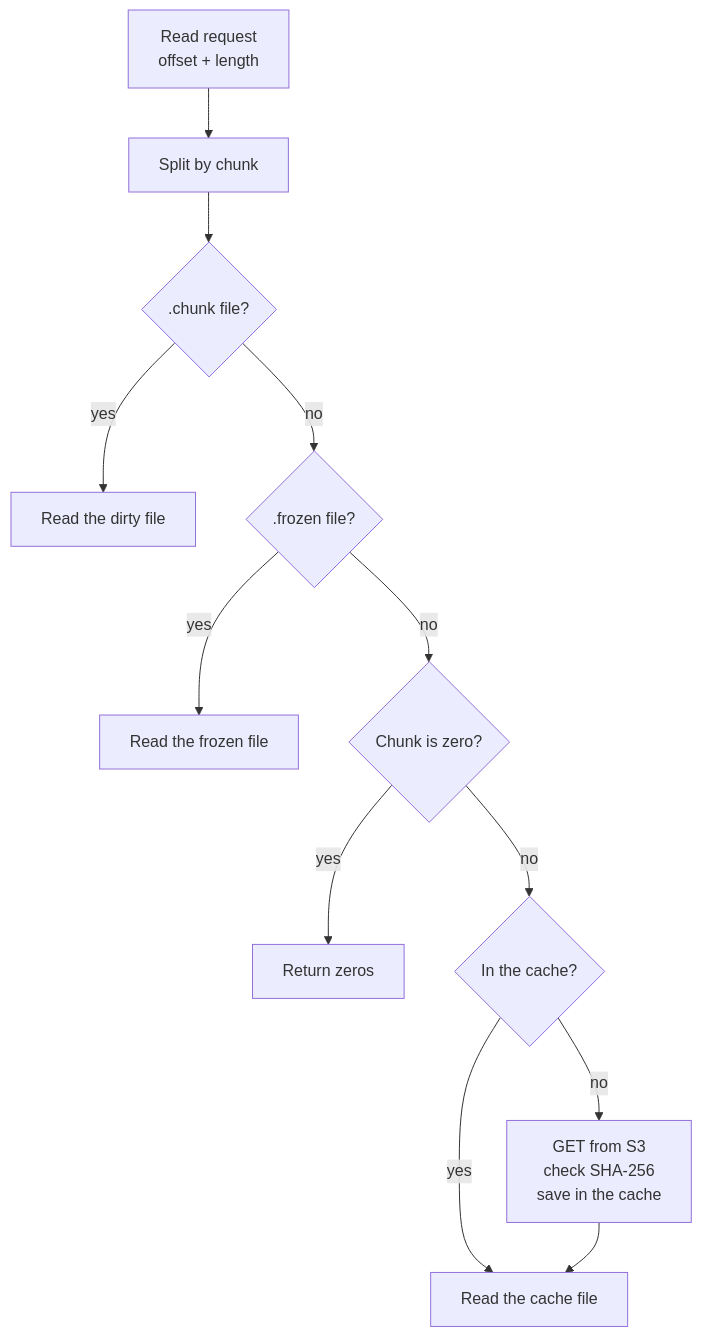
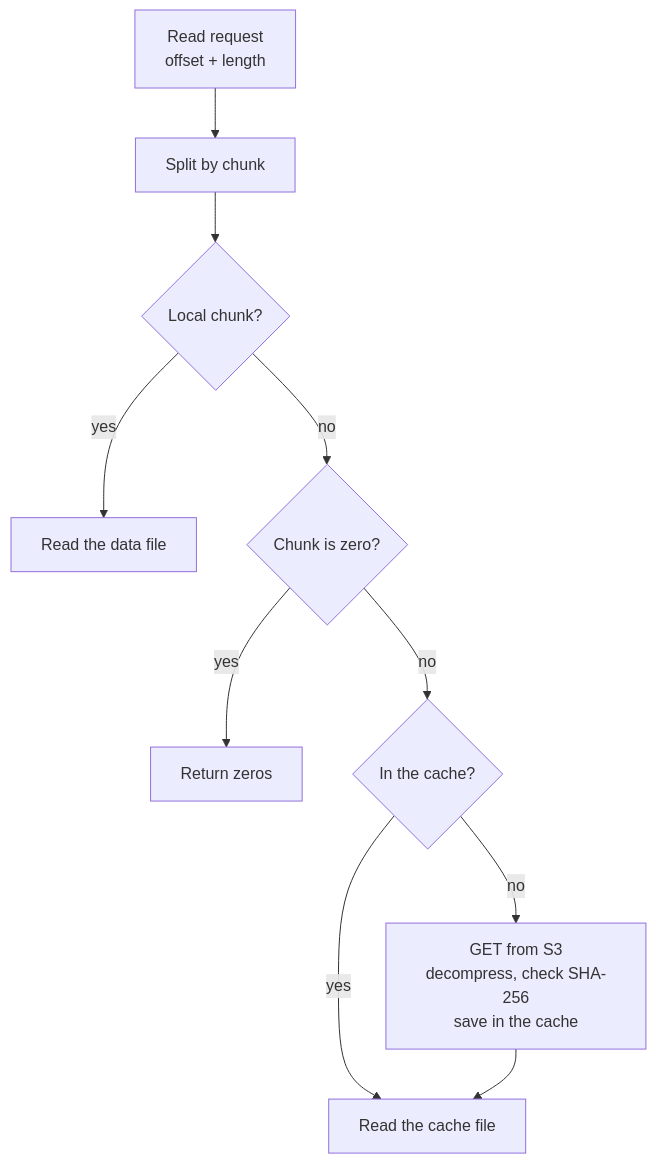
The fourth of 10 diagrams in docs/architecture.md (tanmoysrt/mica), drawn with Mermaid before and after one commit. The commit also changed other lines of this file and 38 other files, not shown here.

````diff
--- a/docs/architecture.md
+++ b/docs/architecture.md
@@ -120,13 +138,11 @@
 ```mermaid
 flowchart TD
     read["Read request<br/>offset + length"] --> split["Split by chunk"]
-    split --> q1{".chunk file?"}
-    q1 -- yes --> r1["Read the dirty file"]
-    q1 -- no --> q2{".frozen file?"}
-    q2 -- yes --> r2["Read the frozen file"]
-    q2 -- no --> q3{"Chunk is zero?"}
+    split --> q1{"Local chunk?"}
+    q1 -- yes --> r1["Read the data file"]
+    q1 -- no --> q3{"Chunk is zero?"}
     q3 -- yes --> r3["Return zeros"]
     q3 -- no --> q4{"In the cache?"}
     q4 -- yes --> r4["Read the cache file"]
-    q4 -- no --> get["GET from S3<br/>check SHA-256<br/>save in the cache"] --> r4
+    q4 -- no --> get["GET from S3<br/>decompress, check SHA-256<br/>save in the cache"] --> r4
 ```
````
